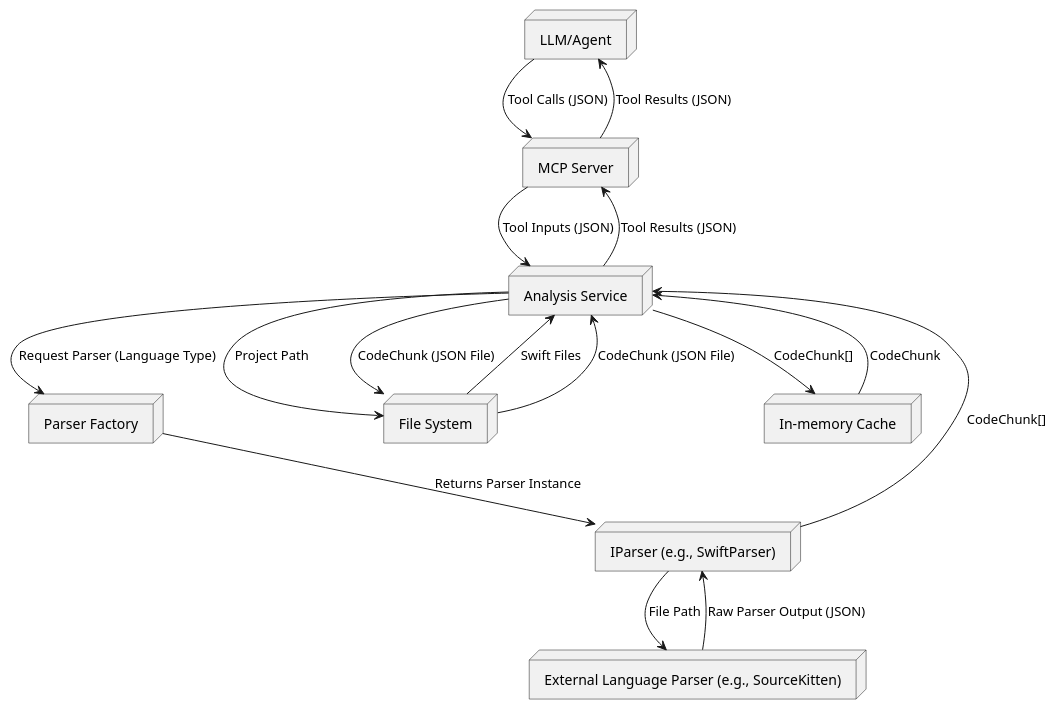
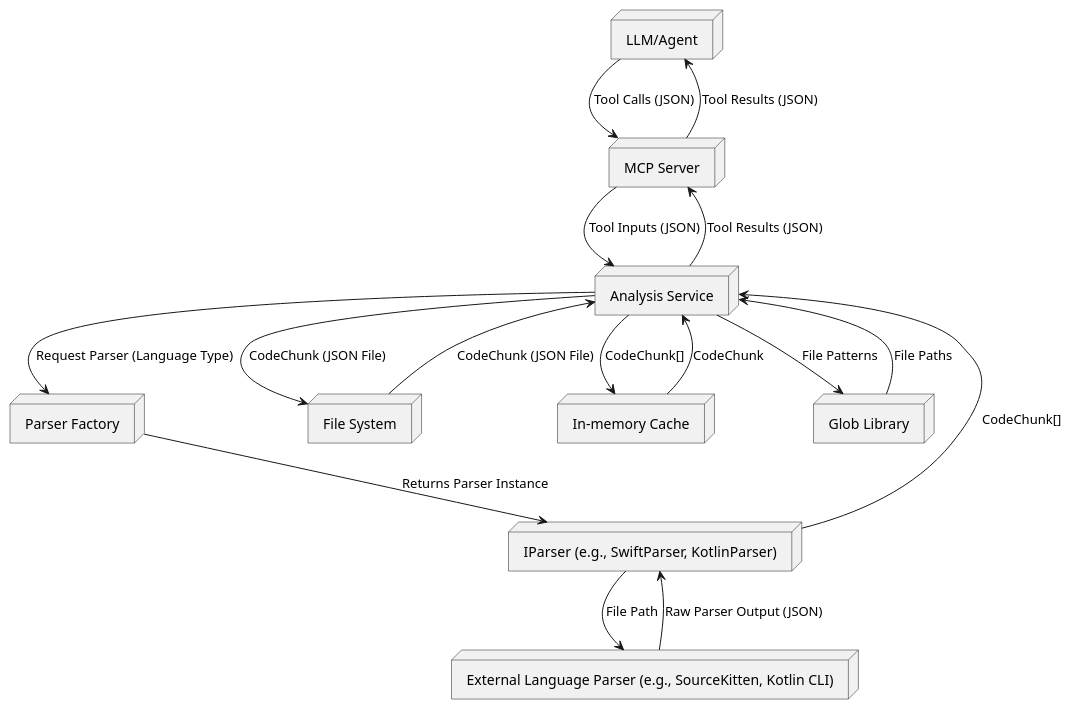
Before and after one commit to aoitan/project-analyzer-mcp: the diagram in doc/diagrams/data_flow_diagram.puml, drawn with PlantUML. The commit also changed 11 other files, not shown here.

First line of the commit message:
docs: プロジェクトの現状に合わせてドキュメントと設計図を更新

```diff
--- a/doc/diagrams/data_flow_diagram.puml
+++ b/doc/diagrams/data_flow_diagram.puml
@@ -1,33 +1,34 @@
 @startuml
 
 node "LLM/Agent" as LLM
 node "MCP Server" as Server
 node "Analysis Service" as AS
 node "Parser Factory" as PF
-node "IParser (e.g., SwiftParser)" as Parser
-node "External Language Parser (e.g., SourceKitten)" as ELP
+node "IParser (e.g., SwiftParser, KotlinParser)" as Parser
+node "External Language Parser (e.g., SourceKitten, Kotlin CLI)" as ELP
 node "File System" as FS
 node "In-memory Cache" as Cache
+node "Glob Library" as GL
 
 LLM --> Server : Tool Calls (JSON)
 Server --> AS : Tool Inputs (JSON)
 
-AS --> FS : Project Path
-FS --> AS : Swift Files
+AS --> GL : File Patterns
+GL --> AS : File Paths
 
 AS --> PF : Request Parser (Language Type)
 PF --> Parser : Returns Parser Instance
 Parser --> ELP : File Path
 ELP --> Parser : Raw Parser Output (JSON)
 Parser --> AS : CodeChunk[]
 
 AS --> Cache : CodeChunk[]
 AS --> FS : CodeChunk (JSON File)
 
 FS --> AS : CodeChunk (JSON File)
 Cache --> AS : CodeChunk
 
 AS --> Server : Tool Results (JSON)
 Server --> LLM : Tool Results (JSON)
 
 @enduml
```
